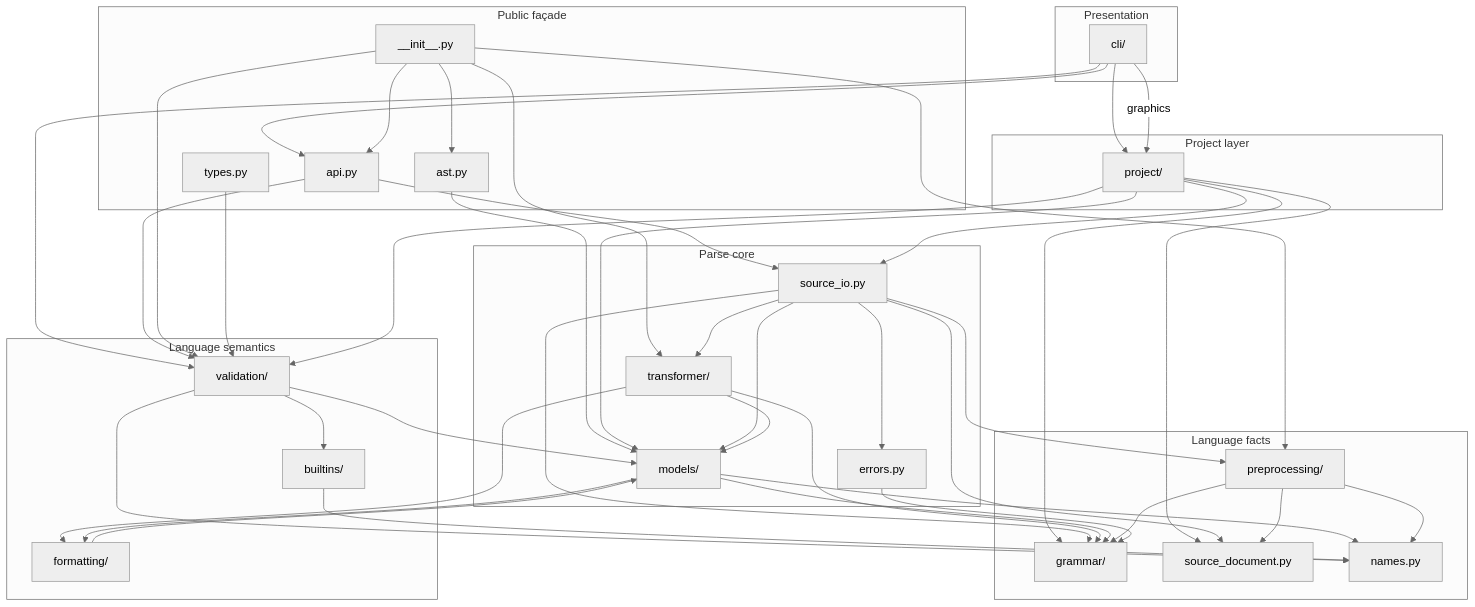
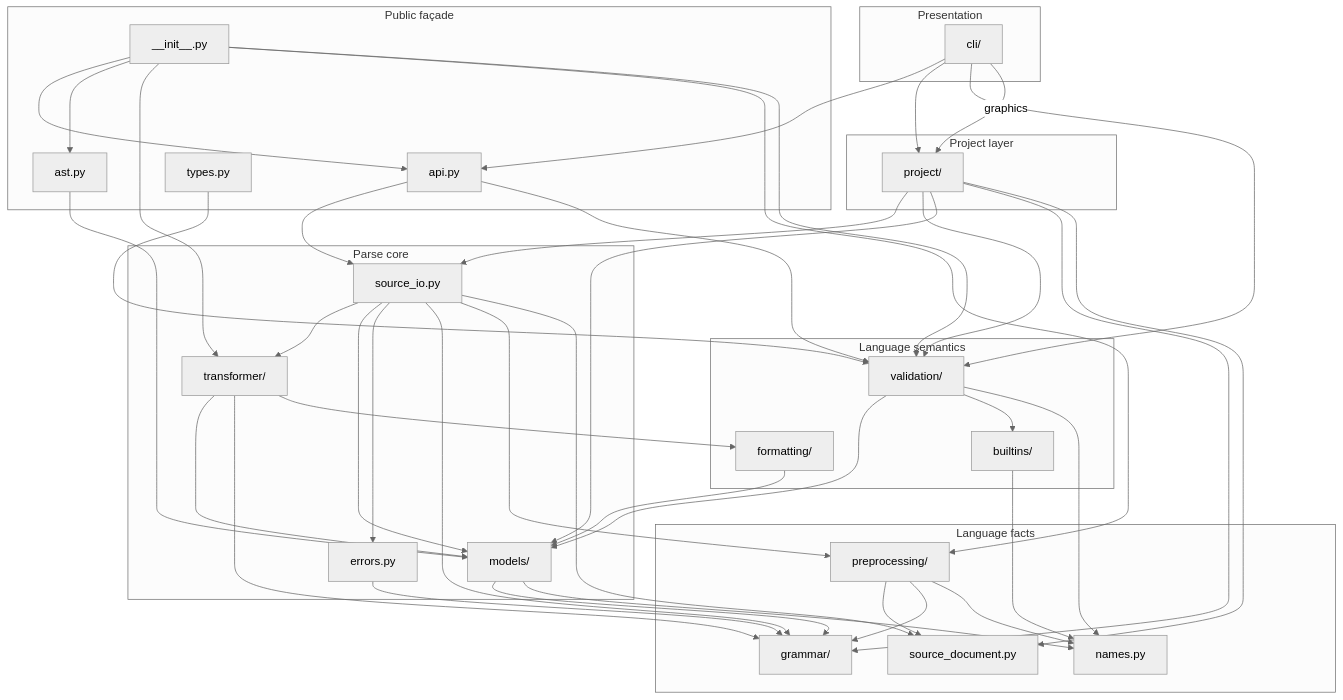
The first of 4 diagrams in docs/architecture.md (SorenHJohansen/sattline-parser), drawn with Mermaid (neutral theme) before and after one commit. The commit also changed other lines of this file and 157 other files, not shown here.

````diff
--- a/docs/architecture.md
+++ b/docs/architecture.md
@@ -9,81 +9,80 @@
 ```mermaid
 flowchart TB
     subgraph L6["Presentation"]
         CLI["cli/"]
     end
 
     subgraph L5["Public façade"]
         API["api.py"]
         ASTSURF["ast.py"]
         TYPEFACTS["types.py"]
         INIT["__init__.py"]
     end
 
     subgraph L4["Project layer"]
         PROJECT["project/"]
     end
 
     subgraph L3["Language semantics"]
         VALIDATION["validation/"]
         BUILTINS["builtins/"]
         FORMATTING["formatting/"]
     end
 
     subgraph L2["Parse core"]
         SOURCE_IO["source_io.py"]
         TRANSFORMER["transformer/"]
         MODELS["models/"]
         ERRORS["errors.py"]
     end
 
     subgraph L1["Language facts"]
         GRAMMAR["grammar/"]
         PREPROCESS["preprocessing/"]
         SOURCE_DOC["source_document.py"]
         NAMES["names.py"]
     end
 
     CLI --> API
     CLI --> PROJECT
     CLI --> VALIDATION
     CLI -->|graphics| PROJECT
     API --> SOURCE_IO
     API --> VALIDATION
     INIT --> API
     INIT --> ASTSURF
     INIT --> TRANSFORMER
     INIT --> PREPROCESS
     INIT --> VALIDATION
     ASTSURF --> MODELS
     TYPEFACTS --> VALIDATION
 
     PROJECT --> SOURCE_IO
     PROJECT --> VALIDATION
     PROJECT --> MODELS
     PROJECT --> GRAMMAR
     PROJECT --> SOURCE_DOC
 
     VALIDATION --> MODELS
     VALIDATION --> BUILTINS
     VALIDATION --> NAMES
     BUILTINS --> NAMES
     FORMATTING --> MODELS
 
     SOURCE_IO --> TRANSFORMER
     SOURCE_IO --> MODELS
     SOURCE_IO --> ERRORS
     SOURCE_IO --> GRAMMAR
     SOURCE_IO --> PREPROCESS
     SOURCE_IO --> SOURCE_DOC
 
     TRANSFORMER --> MODELS
     TRANSFORMER --> GRAMMAR
     TRANSFORMER --> FORMATTING
     MODELS --> GRAMMAR
     MODELS --> NAMES
-    MODELS --> FORMATTING
     PREPROCESS --> SOURCE_DOC
     PREPROCESS --> GRAMMAR
     PREPROCESS --> NAMES
     ERRORS --> GRAMMAR
 ```
````
